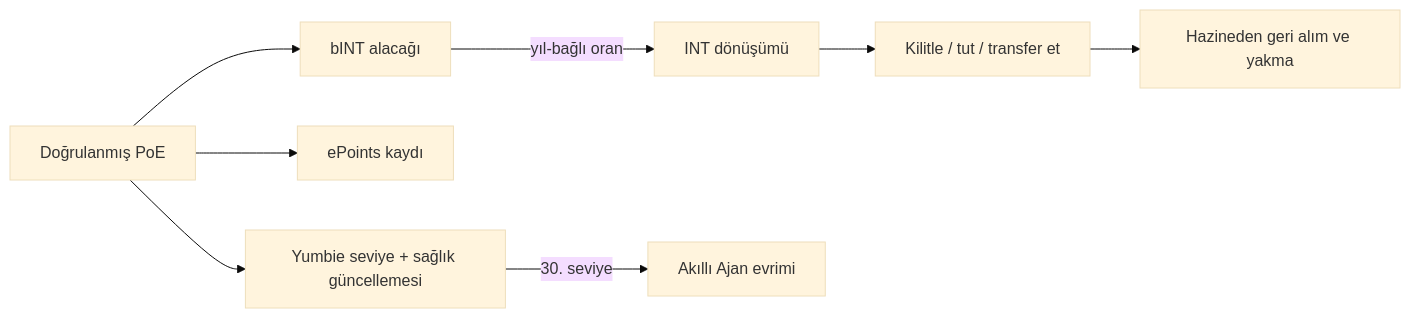
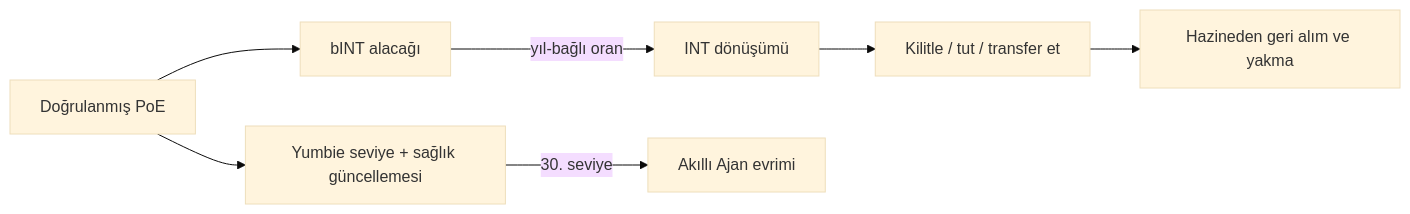
One commit to Yumo-Yumo-Inc/yumoyumohq changed the third of 3 diagrams in content/whitepaper/tr/contribution-economy-and-token-design.md. Above: the diagram before and after it, drawn with Mermaid (base theme). The commit also changed other lines of this file and 1048 other files, not shown here.

````diff
--- a/content/whitepaper/tr/contribution-economy-and-token-design.md
+++ b/content/whitepaper/tr/contribution-economy-and-token-design.md
@@ -102,10 +101,9 @@
 ```mermaid
 flowchart LR
     A[Doğrulanmış PoE] --> B[bINT alacağı]
-    A --> C[ePoints kaydı]
-    A --> D[Yumbie seviye + sağlık güncellemesi]
-    B -->|yıl-bağlı oran| E[INT dönüşümü]
-    E --> F[Kilitle / tut / transfer et]
-    D -->|30. seviye| G[Akıllı Ajan evrimi]
-    F --> H[Hazineden geri alım ve yakma]
+    A --> C[Yumbie seviye + sağlık güncellemesi]
+    B -->|yıl-bağlı oran| D[INT dönüşümü]
+    D --> E[Kilitle / tut / transfer et]
+    C -->|30. seviye| F[Akıllı Ajan evrimi]
+    E --> G[Hazineden geri alım ve yakma]
 ```
````
